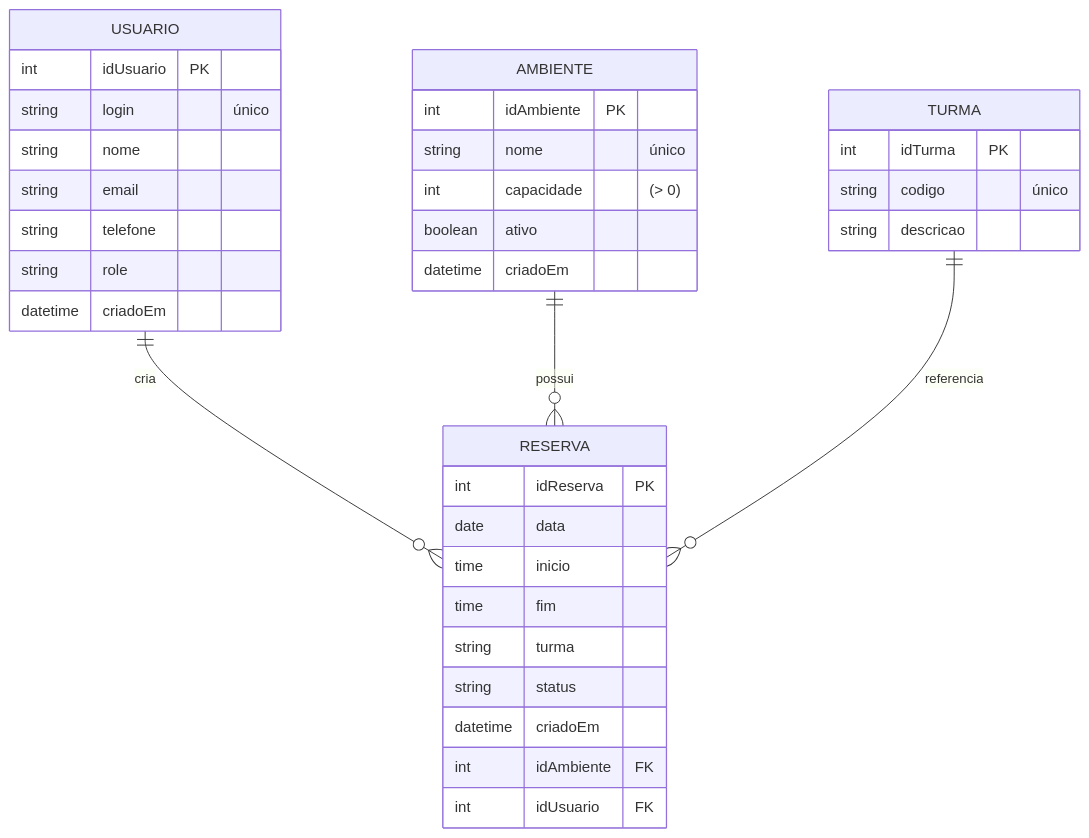
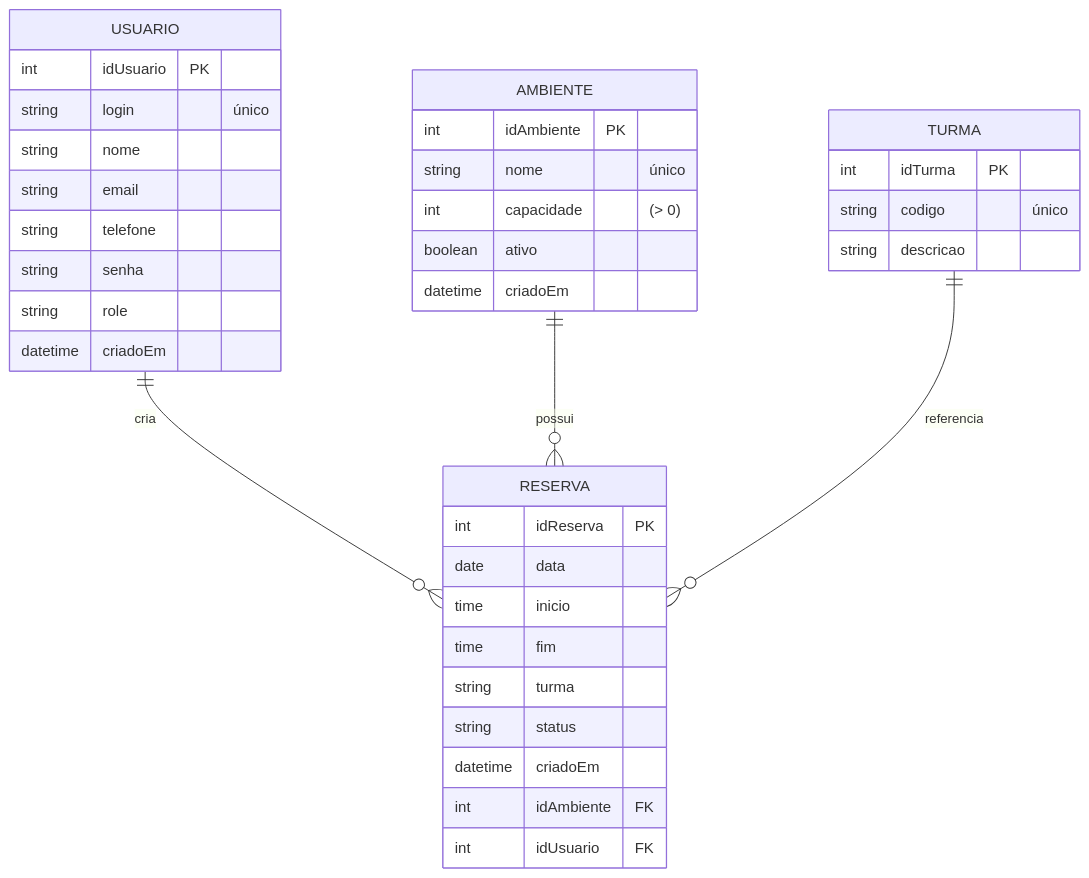
The diagram in docs/mer.md (FabianoTaguchi/agendaLab), drawn with Mermaid before and after one commit. The commit also changed other lines of this file and 7 other files, not shown here.

````diff
--- a/docs/mer.md
+++ b/docs/mer.md
@@ -5,43 +5,44 @@
 ```mermaid
 erDiagram
     USUARIO {
         int idUsuario PK
         string login "único"
         string nome
         string email
         string telefone
+        string senha
         string role
         datetime criadoEm
     }
 
     AMBIENTE {
         int idAmbiente PK
         string nome "único"
         int capacidade "(> 0)"
         boolean ativo
         datetime criadoEm
     }
 
     RESERVA {
         int idReserva PK
         date data
         time inicio
         time fim
         string turma
         string status
         datetime criadoEm
         int idAmbiente FK
         int idUsuario FK
     }
 
     %% Opcional — se normalizar Turma como entidade
     TURMA {
         int idTurma PK
         string codigo "único"
         string descricao
     }
 
     USUARIO ||--o{ RESERVA : cria
     AMBIENTE ||--o{ RESERVA : possui
     TURMA   ||--o{ RESERVA : referencia
 ```
````
